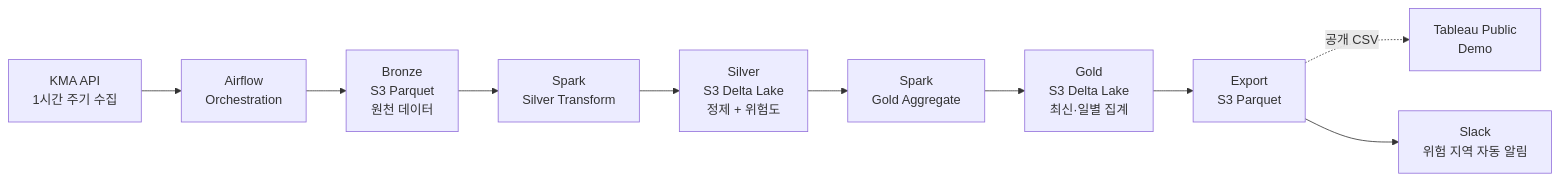
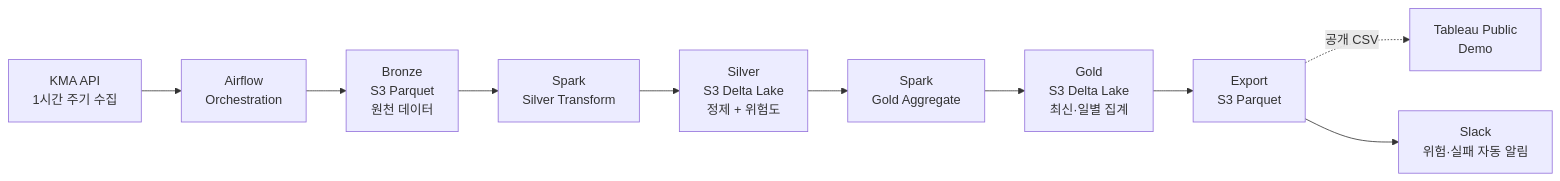
One commit to HongJunseong/weather-risk-assessment changed the diagram in README.md. Above: the diagram before and after it, drawn with Mermaid. The commit also changed other lines of this file and 6 other files, not shown here.

````diff
--- a/README.md
+++ b/README.md
@@ -77,12 +77,12 @@
 ```mermaid
 flowchart LR
   A["KMA API<br>1시간 주기 수집"] --> B["Airflow<br>Orchestration"]
   B --> C["Bronze<br>S3 Parquet<br>원천 데이터"]
   C --> D["Spark<br>Silver Transform"]
   D --> E["Silver<br>S3 Delta Lake<br>정제 + 위험도"]
   E --> F["Spark<br>Gold Aggregate"]
   F --> G["Gold<br>S3 Delta Lake<br>최신·일별 집계"]
   G --> H["Export<br>S3 Parquet"]
   H -.->|공개 CSV| V["Tableau Public<br>Demo"]
-  H --> S["Slack<br>위험 지역 자동 알림"]
+  H --> S["Slack<br>위험·실패 자동 알림"]
 ```
````
